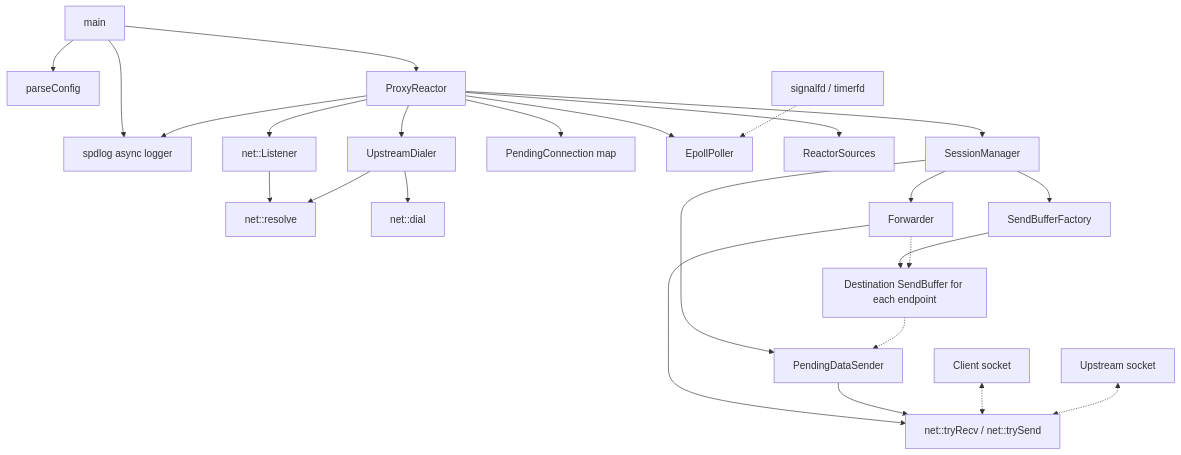
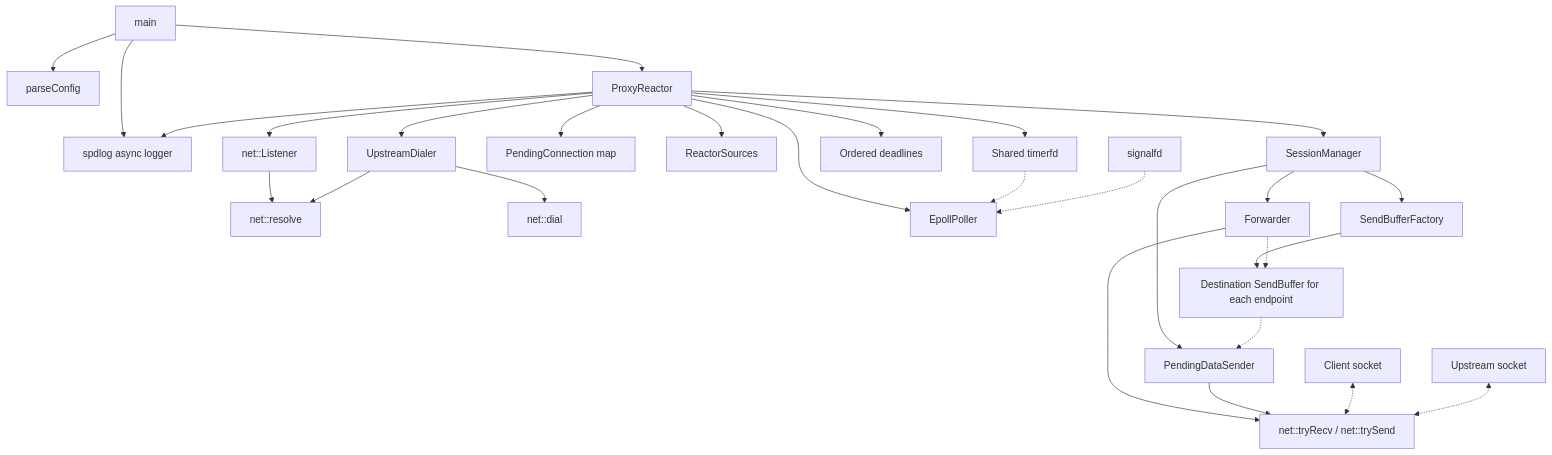
Before and after one commit to ryszardzmija/orbit: the first of 2 diagrams in docs/architecture.md, drawn with Mermaid. The commit also changed other lines of this file and 22 other files, not shown here.

````diff
--- a/docs/architecture.md
+++ b/docs/architecture.md
@@ -20,27 +20,30 @@
 ```mermaid
 flowchart TD
     Main["main"] --> Config["parseConfig"]
     Main --> Reactor["ProxyReactor"]
     Main --> Logger["spdlog async logger"]
     Reactor --> Listener["net::Listener"]
     Listener --> Resolver["net::resolve"]
     Reactor --> Dialer["UpstreamDialer"]
     Dialer --> Resolver
     Dialer --> Dial["net::dial"]
     Reactor --> Pending["PendingConnection map"]
     Reactor --> Poller["EpollPoller"]
     Reactor --> Sources["ReactorSources"]
     Reactor --> Sessions["SessionManager"]
     Reactor --> Logger
     Sessions --> Forwarder["Forwarder"]
     Sessions --> Sender["PendingDataSender"]
     Sessions --> Factory["SendBufferFactory"]
     Factory --> Buffers["Destination SendBuffer for each endpoint"]
     Forwarder --> SocketIO["net::tryRecv / net::trySend"]
     Sender --> SocketIO
     Client["Client socket"] <-.-> SocketIO
     Upstream["Upstream socket"] <-.-> SocketIO
     Forwarder -.-> Buffers
     Buffers -.-> Sender
-    Shutdown["signalfd / timerfd"] -.-> Poller
+    Reactor --> Deadlines["Ordered deadlines"]
+    Reactor --> Timer["Shared timerfd"]
+    Timer -.-> Poller
+    Signal["signalfd"] -.-> Poller
 ```
````
